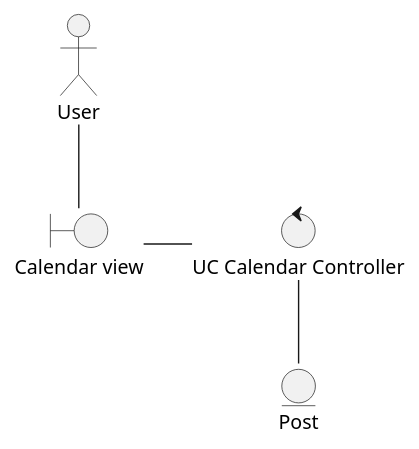
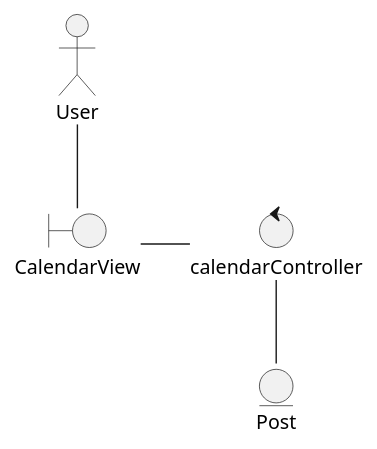
One commit to Dayannis-07/ING_SOFT changed the diagram in docs/scenariosView/analysisClassDiagram/useCase-ConsultarCalendario.plantuml. Above: the diagram before and after it, drawn with PlantUML. The commit also changed 11 other files, not shown here.

Commit message:
corrections collaboration Diagram & classDiagram

```diff
--- a/docs/scenariosView/analysisClassDiagram/useCase-ConsultarCalendario.plantuml
+++ b/docs/scenariosView/analysisClassDiagram/useCase-ConsultarCalendario.plantuml
@@ -1,10 +1,10 @@
 @startuml Consultar Calendario
 actor User as User
 
-boundary "Calendar view" as view
-control "UC Calendar Controller" as controller
+boundary "CalendarView" as view
+control "calendarController" as controller
 entity Post as P
 User -- view
 view-r-controller 
 controller--P 
 @enduml
```
